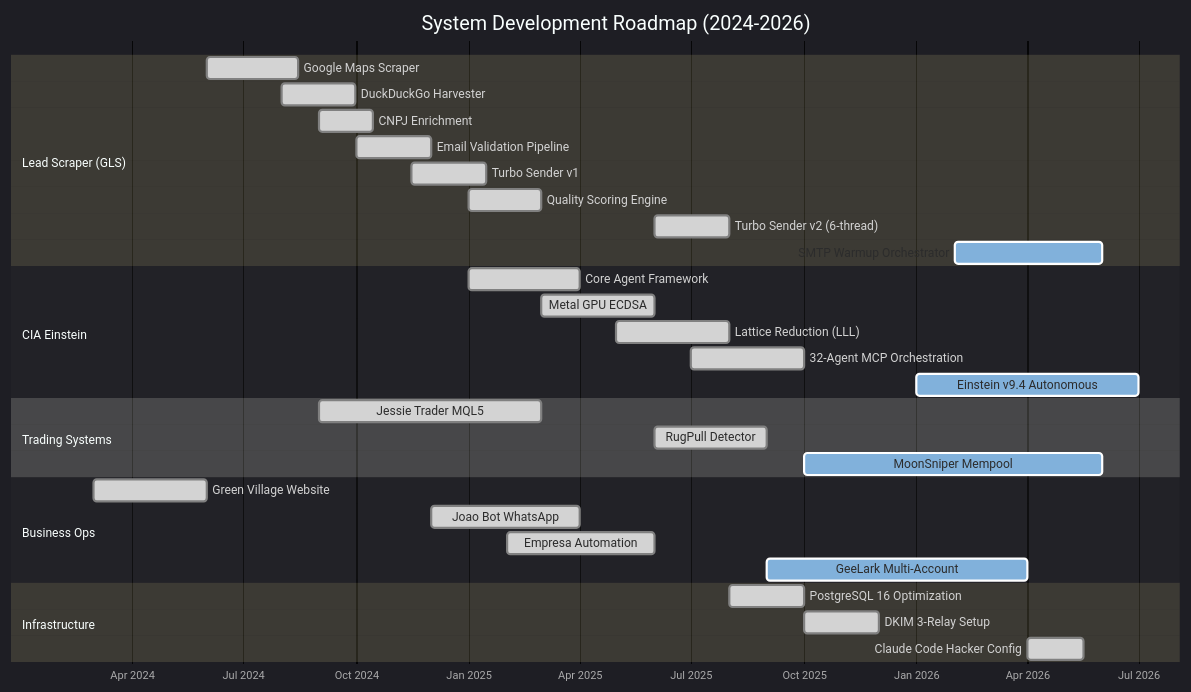
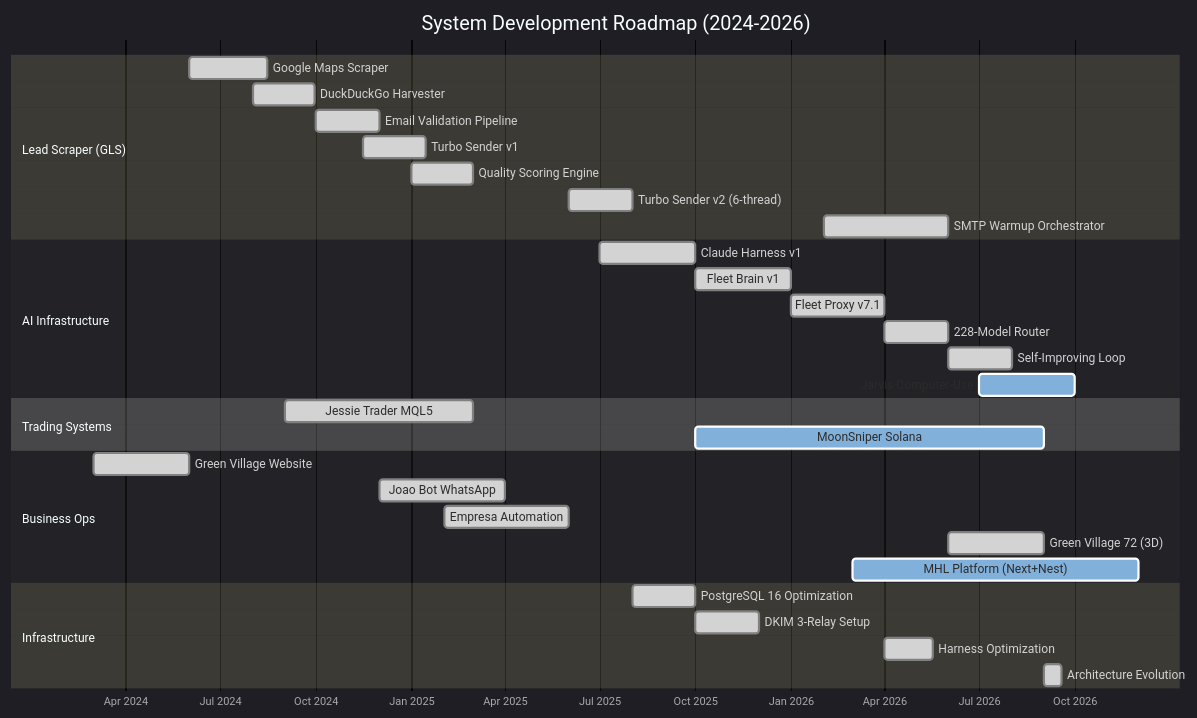
One commit to MatheusAgueda/MatheusAgueda changed the eighth of 15 diagrams in README.md. Above: the diagram before and after it, drawn with Mermaid. The commit also changed other lines of this file, not shown here.

First line of the commit message:
feat: redesign profile — remove CIA/security, add Fleet Brain, update stats to 2026

````diff
--- a/README.md
+++ b/README.md
@@ -725,40 +687,41 @@
 ```mermaid
 %%{init: {'theme': 'dark'}}%%
 gantt
     title System Development Roadmap (2024-2026)
     dateFormat YYYY-MM-DD
     axisFormat %b %Y
 
     section Lead Scraper (GLS)
         Google Maps Scraper       :done, gls1, 2024-06-01, 2024-08-15
         DuckDuckGo Harvester      :done, gls2, 2024-08-01, 2024-09-30
-        CNPJ Enrichment           :done, gls3, 2024-09-01, 2024-10-15
-        Email Validation Pipeline :done, gls4, 2024-10-01, 2024-12-01
-        Turbo Sender v1           :done, gls5, 2024-11-15, 2025-01-15
-        Quality Scoring Engine    :done, gls6, 2025-01-01, 2025-03-01
-        Turbo Sender v2 (6-thread):done, gls7, 2025-06-01, 2025-08-01
-        SMTP Warmup Orchestrator  :active, gls8, 2026-02-01, 2026-06-01
+        Email Validation Pipeline :done, gls3, 2024-10-01, 2024-12-01
+        Turbo Sender v1           :done, gls4, 2024-11-15, 2025-01-15
+        Quality Scoring Engine    :done, gls5, 2025-01-01, 2025-03-01
+        Turbo Sender v2 (6-thread):done, gls6, 2025-06-01, 2025-08-01
+        SMTP Warmup Orchestrator  :done, gls7, 2026-02-01, 2026-06-01
 
-    section CIA Einstein
-        Core Agent Framework      :done, cia1, 2025-01-01, 2025-04-01
-        Metal GPU ECDSA           :done, cia2, 2025-03-01, 2025-06-01
-        Lattice Reduction (LLL)   :done, cia3, 2025-05-01, 2025-08-01
-        32-Agent MCP Orchestration:done, cia4, 2025-07-01, 2025-10-01
-        Einstein v9.4 Autonomous  :active, cia5, 2026-01-01, 2026-07-01
+    section AI Infrastructure
+        Claude Harness v1         :done, ai1, 2025-07-01, 2025-10-01
+        Fleet Brain v1            :done, ai2, 2025-10-01, 2026-01-01
+        Fleet Proxy v7.1          :done, ai3, 2026-01-01, 2026-04-01
+        228-Model Router          :done, ai4, 2026-04-01, 2026-06-01
+        Self-Improving Loop       :done, ai5, 2026-06-01, 2026-08-01
+        Jarvis Computer-Use       :active, ai6, 2026-07-01, 2026-10-01
 
     section Trading Systems
         Jessie Trader MQL5        :done, jt1, 2024-09-01, 2025-03-01
-        RugPull Detector           :done, rp1, 2025-06-01, 2025-09-01
-        MoonSniper Mempool        :active, ms1, 2025-10-01, 2026-06-01
+        MoonSniper Solana         :active, ms1, 2025-10-01, 2026-09-01
 
     section Business Ops
         Green Village Website     :done, gv1, 2024-03-01, 2024-06-01
         Joao Bot WhatsApp         :done, jb1, 2024-12-01, 2025-04-01
         Empresa Automation        :done, ea1, 2025-02-01, 2025-06-01
-        GeeLark Multi-Account     :active, gl1, 2025-09-01, 2026-04-01
+        Green Village 72 (3D)     :done, gv2, 2026-06-01, 2026-09-01
+        MHL Platform (Next+Nest)  :active, mhl1, 2026-03-01, 2026-12-01
 
     section Infrastructure
         PostgreSQL 16 Optimization:done, inf1, 2025-08-01, 2025-10-01
         DKIM 3-Relay Setup        :done, inf2, 2025-10-01, 2025-12-01
-        Claude Code Hacker Config :done, inf3, 2026-04-01, 2026-05-17
+        Harness Optimization      :done, inf3, 2026-04-01, 2026-05-17
+        Architecture Evolution    :done, inf4, 2026-09-01, 2026-09-18
 ```
````
